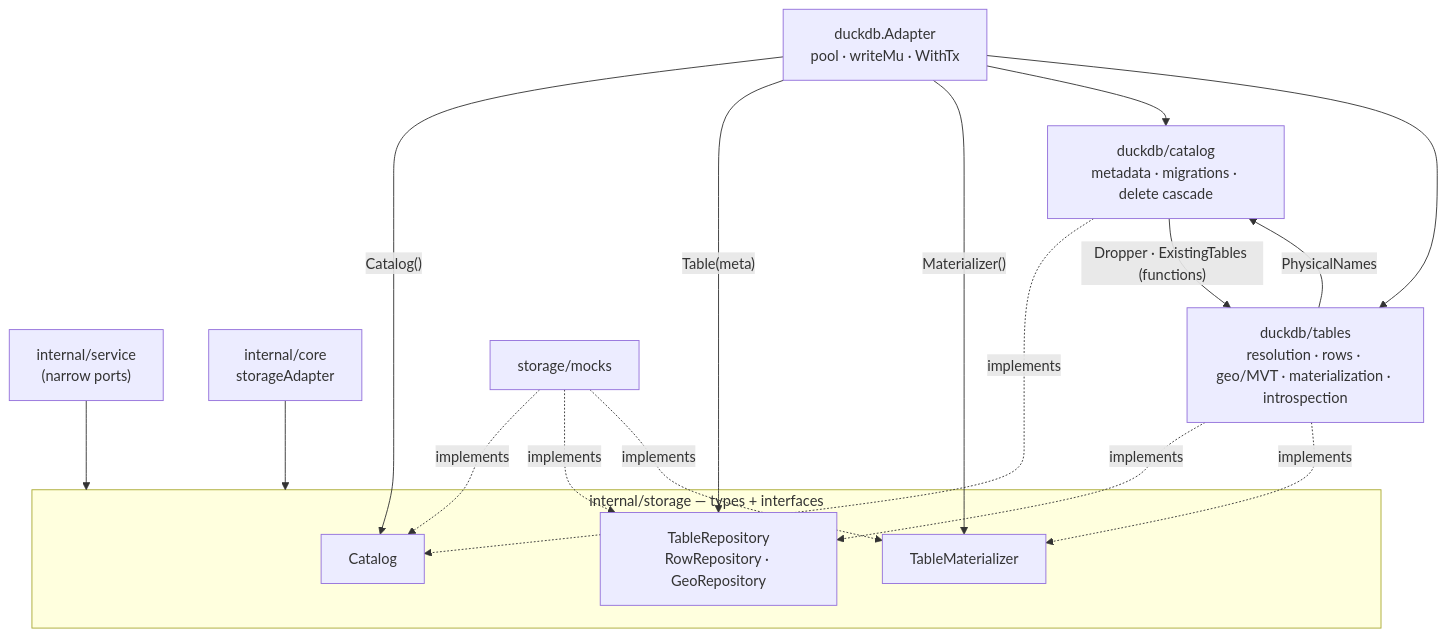
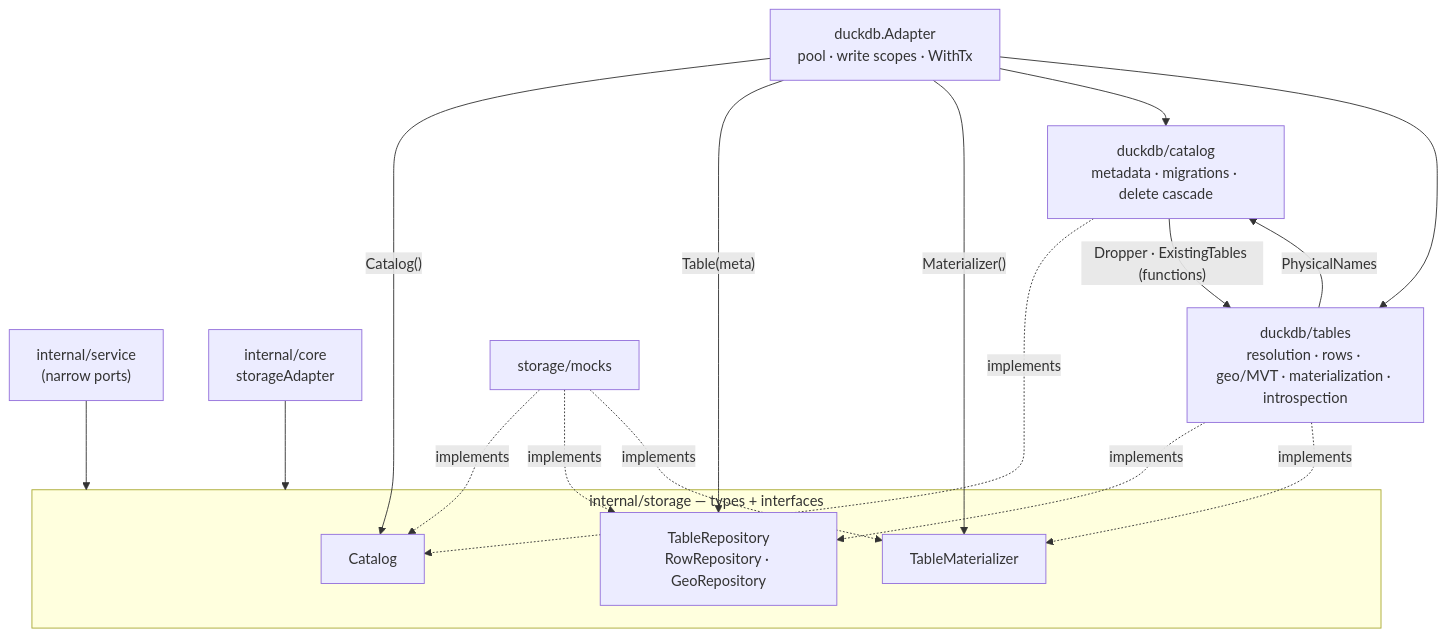
The second of 2 diagrams in spec/back/spec.md (amauryval/darow), drawn with Mermaid before and after one commit. The commit also changed other lines of this file and 69 other files, not shown here.

````diff
--- a/spec/back/spec.md
+++ b/spec/back/spec.md
@@ -356,29 +361,29 @@
 ```mermaid
 graph TD
     SVC["internal/service<br/>(narrow ports)"] --> ST
     CORE["internal/core<br/>storageAdapter"] --> ST
 
     subgraph ST["internal/storage — types + interfaces"]
         C["Catalog"]
         TR["TableRepository<br/>RowRepository · GeoRepository"]
         TL["TableMaterializer"]
     end
 
-    A["duckdb.Adapter<br/>pool · writeMu · WithTx"]
+    A["duckdb.Adapter<br/>pool · write scopes · WithTx"]
     A -- "Catalog()" --> C
     A -- "Table(meta)" --> TR
     A -- "Materializer()" --> TL
 
     DC["duckdb/catalog<br/>metadata · migrations · delete cascade"] -.implements.-> C
     DD["duckdb/tables<br/>resolution · rows · geo/MVT · materialization · introspection"] -.implements.-> TR
     DD -.implements.-> TL
 
     A --> DC
     A --> DD
     DC -- "Dropper · ExistingTables (functions)" --> DD
     DD -- "PhysicalNames" --> DC
 
     MK["storage/mocks"] -.implements.-> C
     MK -.implements.-> TR
     MK -.implements.-> TL
 ```
````
